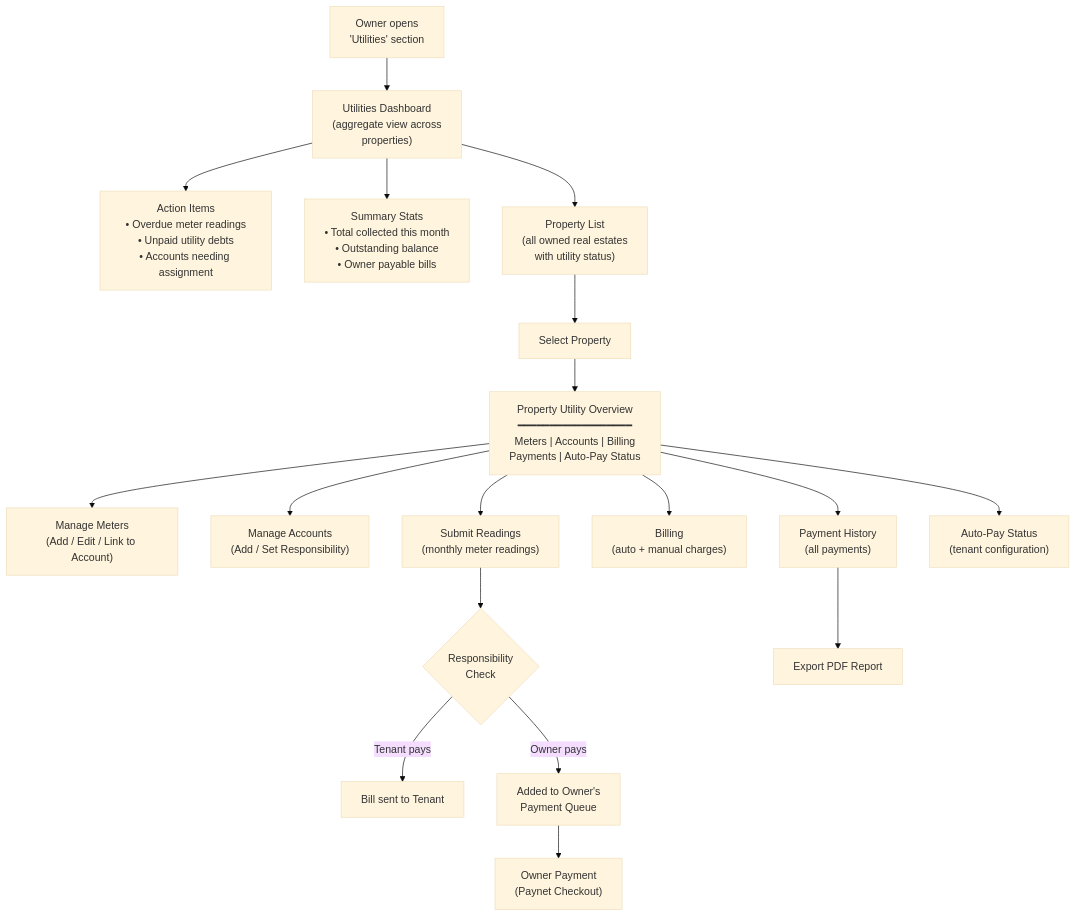
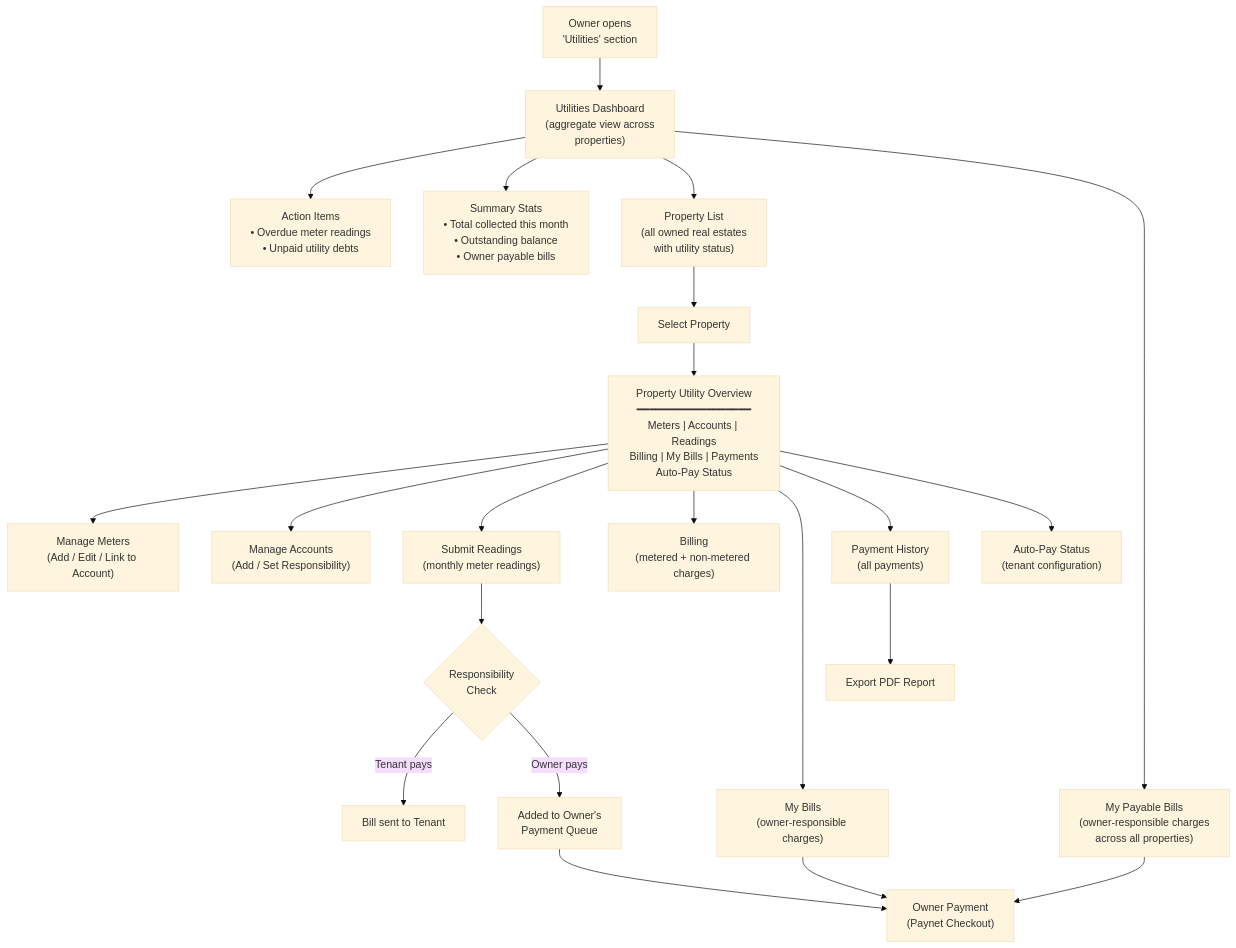
Before and after one commit to saodatm-dev/Utilities---Informational-Architecture: the first of 10 diagrams in Utilities - Business Owner.md, drawn with Mermaid (base theme). The commit also changed other lines of this file and 1 other file, not shown here.

Commit message:
feat: Introduce a dedicated owner payable bills section and streamline the business owner utility management flow by integrating payment details and removing a separate payment flow document.

````diff
--- a/Utilities - Business Owner.md
+++ b/Utilities - Business Owner.md
@@ -29,27 +29,31 @@
 ```mermaid
 flowchart TD
     START["Owner opens<br/>'Utilities' section"] --> DASHBOARD["Utilities Dashboard<br/>(aggregate view across<br/>properties)"]
 
-    DASHBOARD --> ALERTS["Action Items<br/>• Overdue meter readings<br/>• Unpaid utility debts<br/>• Accounts needing assignment"]
+    DASHBOARD --> ALERTS["Action Items<br/>• Overdue meter readings<br/>• Unpaid utility debts"]
     DASHBOARD --> STATS["Summary Stats<br/>• Total collected this month<br/>• Outstanding balance<br/>• Owner payable bills"]
     DASHBOARD --> PROP_LIST["Property List<br/>(all owned real estates<br/>with utility status)"]
+    DASHBOARD --> OWNER_BILLS["My Payable Bills<br/>(owner-responsible charges<br/>across all properties)"]
 
     PROP_LIST --> SELECT_PROP["Select Property"]
 
-    SELECT_PROP --> PROP_VIEW["Property Utility Overview<br/>━━━━━━━━━━━━━━━━━━<br/>Meters | Accounts | Billing<br/>Payments | Auto-Pay Status"]
+    SELECT_PROP --> PROP_VIEW["Property Utility Overview<br/>━━━━━━━━━━━━━━━━━━<br/>Meters | Accounts | Readings<br/>Billing | My Bills | Payments<br/>Auto-Pay Status"]
 
     PROP_VIEW --> METERS["Manage Meters<br/>(Add / Edit / Link to Account)"]
     PROP_VIEW --> ACCOUNTS["Manage Accounts<br/>(Add / Set Responsibility)"]
     PROP_VIEW --> READINGS["Submit Readings<br/>(monthly meter readings)"]
-    PROP_VIEW --> BILLING["Billing<br/>(auto + manual charges)"]
+    PROP_VIEW --> BILLING["Billing<br/>(metered + non-metered charges)"]
+    PROP_VIEW --> MY_BILLS["My Bills<br/>(owner-responsible charges)"]
     PROP_VIEW --> PAYMENTS["Payment History<br/>(all payments)"]
     PROP_VIEW --> AUTOPAY["Auto-Pay Status<br/>(tenant configuration)"]
 
     READINGS --> ROUTE{"Responsibility<br/>Check"}
     ROUTE -->|"Tenant pays"| TENANT_BILL["Bill sent to Tenant"]
     ROUTE -->|"Owner pays"| OWNER_QUEUE["Added to Owner's<br/>Payment Queue"]
 
-    OWNER_QUEUE --> OWNER_PAY["Owner Payment<br/>(Paynet Checkout)"]
+    OWNER_BILLS --> OWNER_PAY["Owner Payment<br/>(Paynet Checkout)"]
+    OWNER_QUEUE --> OWNER_PAY
+    MY_BILLS --> OWNER_PAY
 
     PAYMENTS --> EXPORT["Export PDF Report"]
 ```
````
